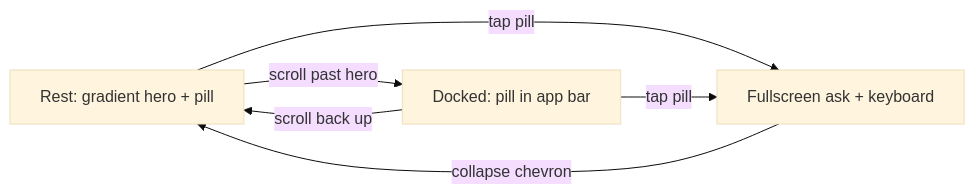
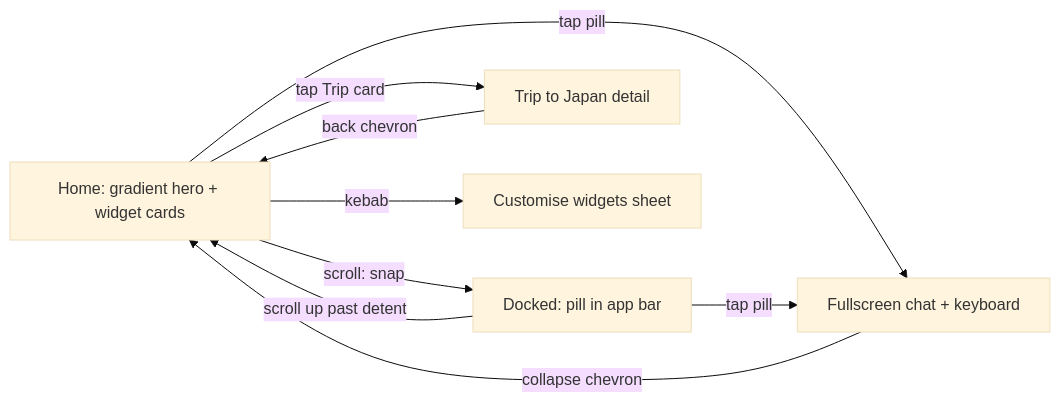
One commit to TheAnirudhBhat/aibanker-design changed the diagram in docs/return-exp1-spec.md. Above: the diagram before and after it, drawn with Mermaid (base theme). The commit also changed other lines of this file and 1 other file, not shown here.

````diff
--- a/docs/return-exp1-spec.md
+++ b/docs/return-exp1-spec.md
@@ -15,8 +16,11 @@
 ```mermaid
 flowchart LR
-  A[Rest: gradient hero + pill] -->|scroll past hero| B[Docked: pill in app bar]
-  B -->|scroll back up| A
-  A -->|tap pill| C[Fullscreen ask + keyboard]
+  A[Home: gradient hero + widget cards] -->|scroll: snap| B[Docked: pill in app bar]
+  B -->|scroll up past detent| A
+  A -->|tap pill| C[Fullscreen chat + keyboard]
   B -->|tap pill| C
   C -->|collapse chevron| A
+  A -->|tap Trip card| D[Trip to Japan detail]
+  D -->|back chevron| A
+  A -->|kebab| E[Customise widgets sheet]
 ```
````
